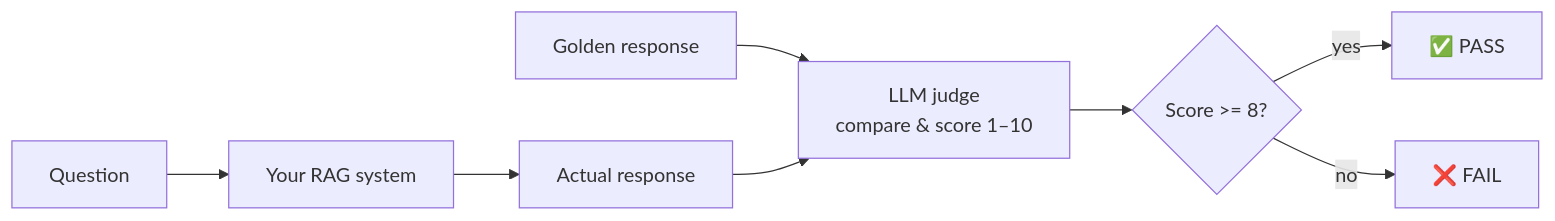
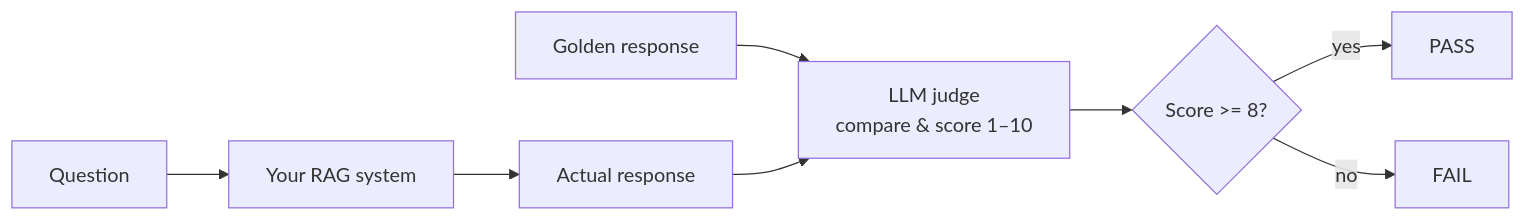
Before and after one commit to projectshft/mini-rag: the diagram in curriculum/day-30.md, drawn with Mermaid. The commit also changed other lines of this file and 66 other files, not shown here.

````diff
--- a/curriculum/day-30.md
+++ b/curriculum/day-30.md
@@ -31,10 +30,10 @@
 ```mermaid
 flowchart LR
     Q[Question] --> S[Your RAG system]
     S --> A[Actual response]
     G[Golden response] --> J
     A --> J[LLM judge<br/>compare & score 1–10]
     J --> T{Score >= 8?}
-    T -->|yes| P[✅ PASS]
-    T -->|no| F[❌ FAIL]
+    T -->|yes| P[PASS]
+    T -->|no| F[FAIL]
 ```
````
